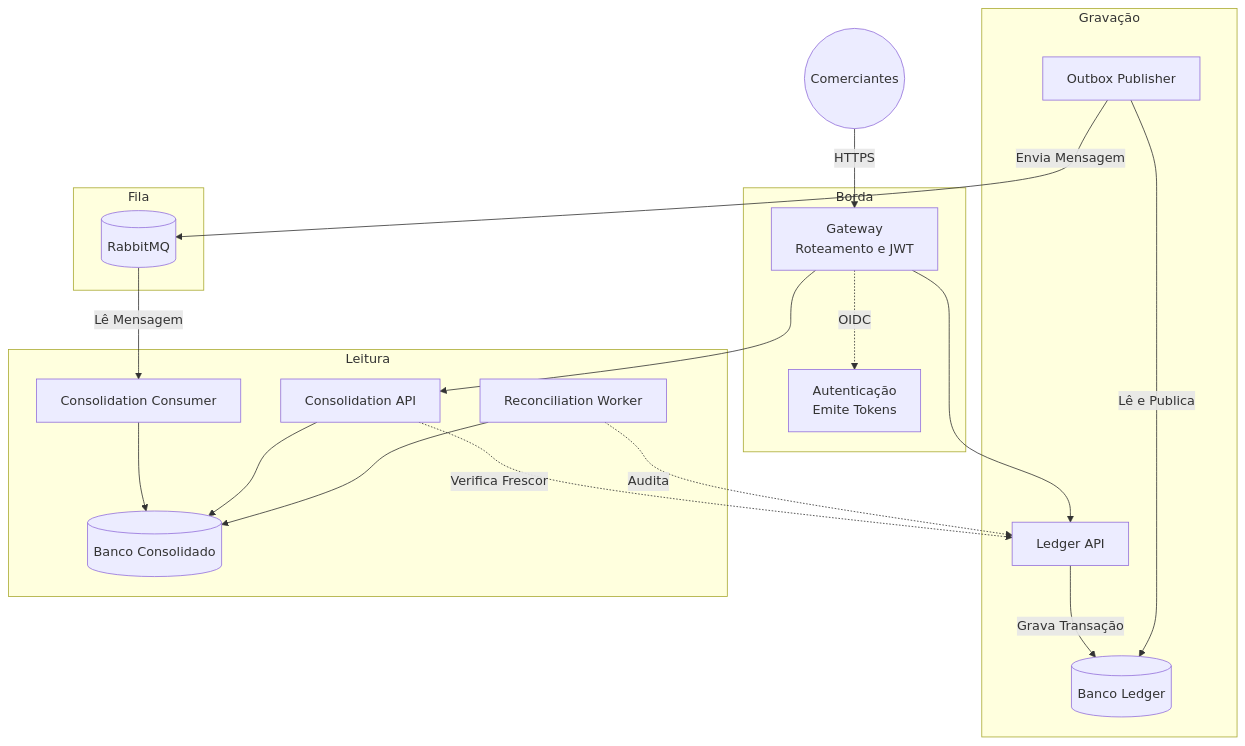
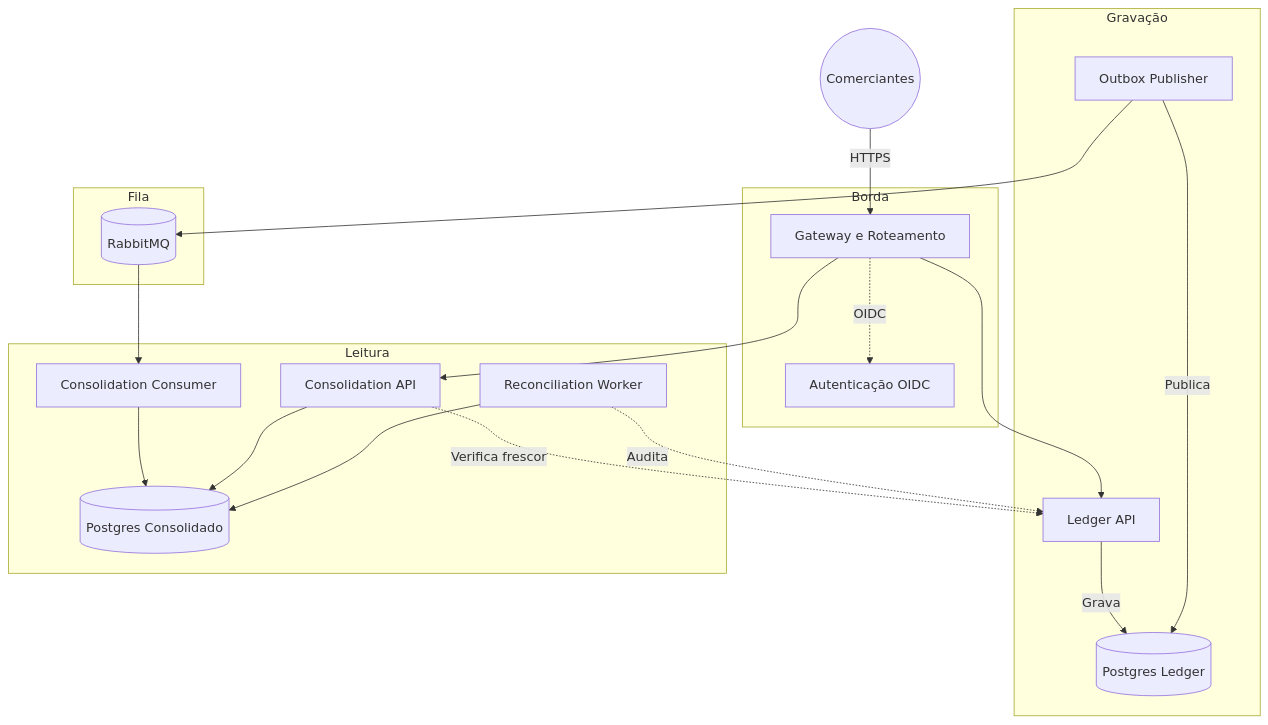
The diagram in README.md (higordiego/keyrus), drawn with Mermaid before and after one commit. The commit also changed other lines of this file, not shown here.

````diff
--- a/README.md
+++ b/README.md
@@ -18,38 +20,38 @@
 ```mermaid
 flowchart TB
     Client((Comerciantes))
     Client -->|HTTPS| KrakenD
 
     subgraph Borda
-        KrakenD[Gateway\nRoteamento e JWT]
-        Keycloak[Autenticação\nEmite Tokens]
+        KrakenD[Gateway e Roteamento]
+        Keycloak[Autenticação OIDC]
         KrakenD -.OIDC.-> Keycloak
     end
 
     subgraph Gravação
         LedgerAPI[Ledger API]
         Publisher[Outbox Publisher]
-        LedgerAPI -->|Grava Transação| LedgerDB[(Banco Ledger)]
-        Publisher -->|Lê e Publica| LedgerDB
+        LedgerAPI -->|Grava| LedgerDB[(Postgres Ledger)]
+        Publisher -->|Publica| LedgerDB
     end
 
     subgraph Fila
         MQ[(RabbitMQ)]
     end
 
     subgraph Leitura
         Consumer[Consolidation Consumer]
         ConsolidationAPI[Consolidation API]
         Reconciler[Reconciliation Worker]
-        Consumer --> ConsolidationDB[(Banco Consolidado)]
+        Consumer --> ConsolidationDB[(Postgres Consolidado)]
         ConsolidationAPI --> ConsolidationDB
         Reconciler --> ConsolidationDB
     end
 
     KrakenD --> LedgerAPI
     KrakenD --> ConsolidationAPI
-    Publisher -->|Envia Mensagem| MQ
-    MQ -->|Lê Mensagem| Consumer
-    ConsolidationAPI -.Verifica Frescor.-> LedgerAPI
+    Publisher --> MQ
+    MQ --> Consumer
+    ConsolidationAPI -.Verifica frescor.-> LedgerAPI
     Reconciler -.Audita.-> LedgerAPI
 ```
````
